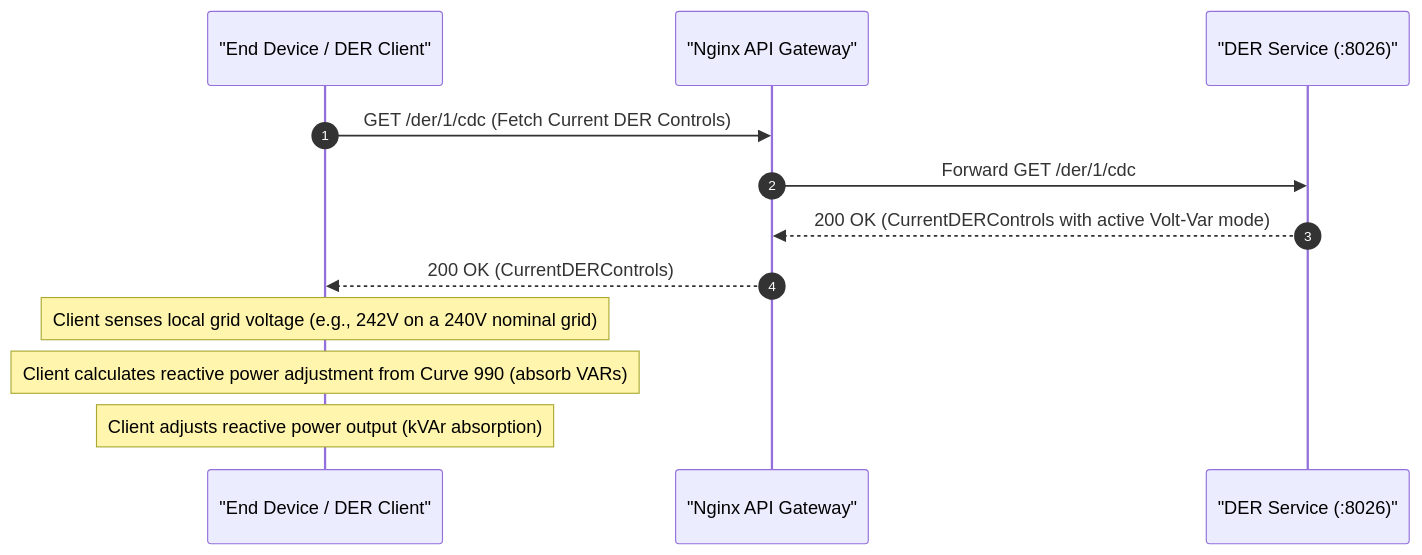
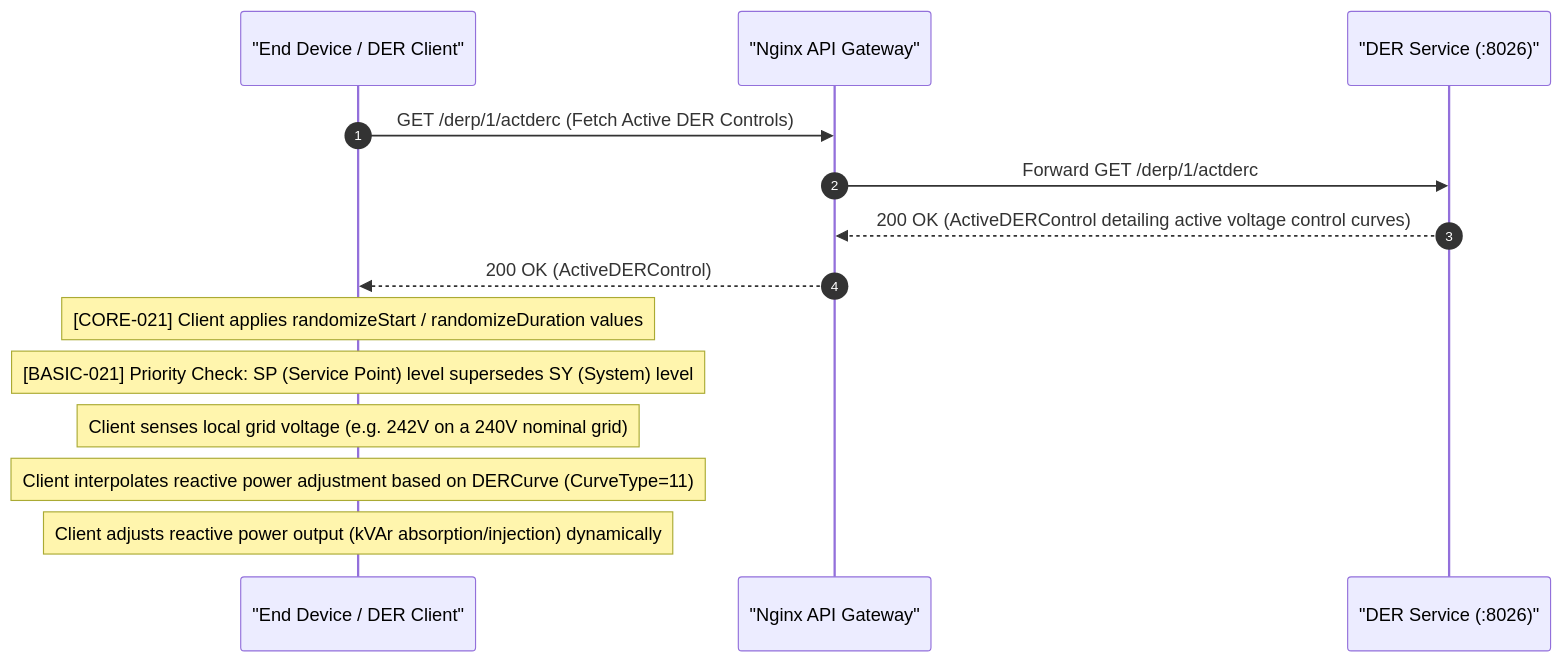
The fourth of 6 diagrams in lifecycles/voltage_management.md (Tylores/egot), drawn with Mermaid before and after one commit. The commit also changed other lines of this file and 68 other files, not shown here.

Commit message:
refactor: migrate to microservices architecture, add validation tools and scenario tests

````diff
--- a/lifecycles/voltage_management.md
+++ b/lifecycles/voltage_management.md
@@ -76,16 +122,18 @@
 ```mermaid
 sequenceDiagram
     autonumber
     participant Client as "End Device / DER Client"
     participant GW as "Nginx API Gateway"
     participant DER as "DER Service (:8026)"
 
-    Client->>GW: GET /der/1/cdc (Fetch Current DER Controls)
-    GW->>DER: Forward GET /der/1/cdc
-    DER-->>GW: 200 OK (CurrentDERControls with active Volt-Var mode)
-    GW-->>Client: 200 OK (CurrentDERControls)
+    Client->>GW: GET /derp/1/actderc (Fetch Active DER Controls)
+    GW->>DER: Forward GET /derp/1/actderc
+    DER-->>GW: 200 OK (ActiveDERControl detailing active voltage control curves)
+    GW-->>Client: 200 OK (ActiveDERControl)
 
-    Note over Client: Client senses local grid voltage (e.g., 242V on a 240V nominal grid)
-    Note over Client: Client calculates reactive power adjustment from Curve 990 (absorb VARs)
-    Note over Client: Client adjusts reactive power output (kVAr absorption)
+    Note over Client: [CORE-021] Client applies randomizeStart / randomizeDuration values
+    Note over Client: [BASIC-021] Priority Check: SP (Service Point) level supersedes SY (System) level
+    Note over Client: Client senses local grid voltage (e.g. 242V on a 240V nominal grid)
+    Note over Client: Client interpolates reactive power adjustment based on DERCurve (CurveType=11)
+    Note over Client: Client adjusts reactive power output (kVAr absorption/injection) dynamically
 ```
````
